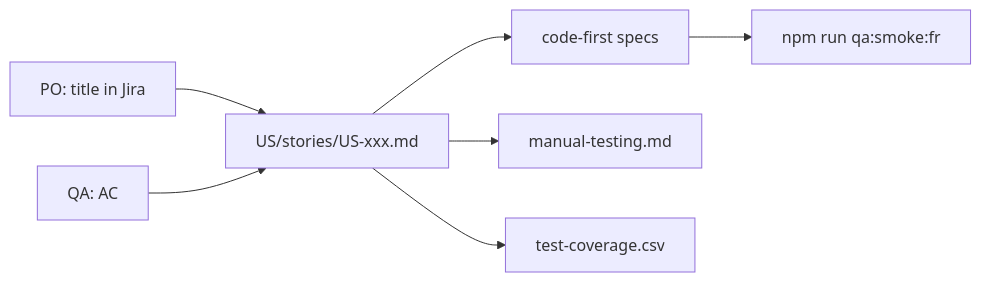
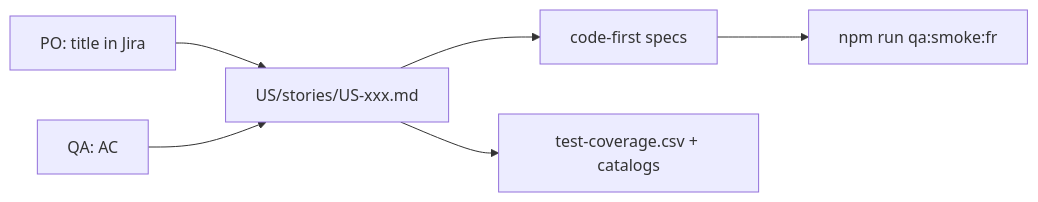
Before and after one commit to OsamaMansouri/biomedica-qa: the diagram in US/README.md, drawn with Mermaid. The commit also changed other lines of this file and 40 other files, not shown here.

First line of the commit message:
QA docs and catalogs: manual-first traceability, Gherkin links, report hub fix.

````diff
--- a/US/README.md
+++ b/US/README.md
@@ -14,9 +14,8 @@
 ```mermaid
 flowchart LR
   PO[PO: title in Jira] --> Card[US/stories/US-xxx.md]
   QA[QA: AC] --> Card
   Card --> Auto[code-first specs]
-  Card --> Manual[manual-testing.md]
-  Card --> Cov[test-coverage.csv]
+  Card --> Cov[test-coverage.csv + catalogs]
   Auto --> PR[npm run qa:smoke:fr]
 ```
````
